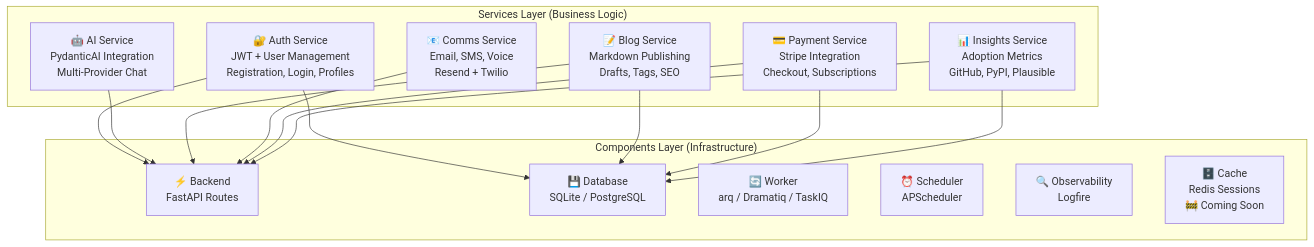
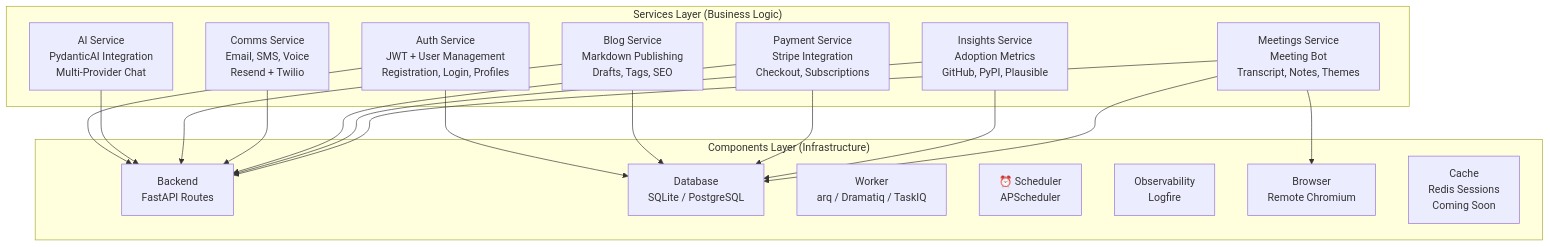
Before and after one commit to lbedner/aegis-stack: the first of 4 diagrams in docs/services/index.md, drawn with Mermaid. The commit also changed other lines of this file and 22 other files, not shown here.

````diff
--- a/docs/services/index.md
+++ b/docs/services/index.md
@@ -11,32 +11,37 @@
 ```mermaid
 graph TB
     subgraph "Services Layer (Business Logic)"
-        Auth["🔐 Auth Service<br/>JWT + User Management<br/>Registration, Login, Profiles"]
-        AI["🤖 AI Service<br/>PydanticAI Integration<br/>Multi-Provider Chat"]
-        Blog["📝 Blog Service<br/>Markdown Publishing<br/>Drafts, Tags, SEO"]
-        Comms["📧 Comms Service<br/>Email, SMS, Voice<br/>Resend + Twilio"]
-        Payment["💳 Payment Service<br/>Stripe Integration<br/>Checkout, Subscriptions"]
-        Insights["📊 Insights Service<br/>Adoption Metrics<br/>GitHub, PyPI, Plausible"]
+        Auth["Auth Service<br/>JWT + User Management<br/>Registration, Login, Profiles"]
+        AI["AI Service<br/>PydanticAI Integration<br/>Multi-Provider Chat"]
+        Blog["Blog Service<br/>Markdown Publishing<br/>Drafts, Tags, SEO"]
+        Comms["Comms Service<br/>Email, SMS, Voice<br/>Resend + Twilio"]
+        Payment["Payment Service<br/>Stripe Integration<br/>Checkout, Subscriptions"]
+        Insights["Insights Service<br/>Adoption Metrics<br/>GitHub, PyPI, Plausible"]
+        Meetings["Meetings Service<br/>Meeting Bot<br/>Transcript, Notes, Themes"]
     end
 
     subgraph "Components Layer (Infrastructure)"
-        Backend["⚡ Backend<br/>FastAPI Routes"]
-        Database["💾 Database<br/>SQLite / PostgreSQL"]
-        Worker["🔄 Worker<br/>arq / Dramatiq / TaskIQ"]
+        Backend["Backend<br/>FastAPI Routes"]
+        Database["Database<br/>SQLite / PostgreSQL"]
+        Worker["Worker<br/>arq / Dramatiq / TaskIQ"]
         Scheduler["⏰ Scheduler<br/>APScheduler"]
-        Observability["🔍 Observability<br/>Logfire"]
-        Cache["🗄️ Cache<br/>Redis Sessions<br/>🚧 Coming Soon"]
+        Observability["Observability<br/>Logfire"]
+        Browser["Browser<br/>Remote Chromium"]
+        Cache["Cache<br/>Redis Sessions<br/>Coming Soon"]
     end
 
     Auth --> Backend
     Auth --> Database
     AI --> Backend
     Blog --> Backend
     Blog --> Database
     Comms --> Backend
     Payment --> Backend
     Payment --> Database
     Insights --> Backend
     Insights --> Database
+    Meetings --> Backend
+    Meetings --> Database
+    Meetings --> Browser
 
 ```
````
